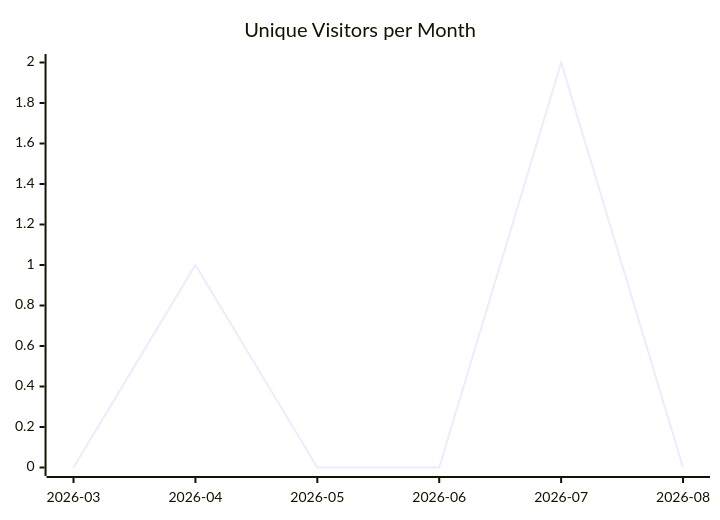
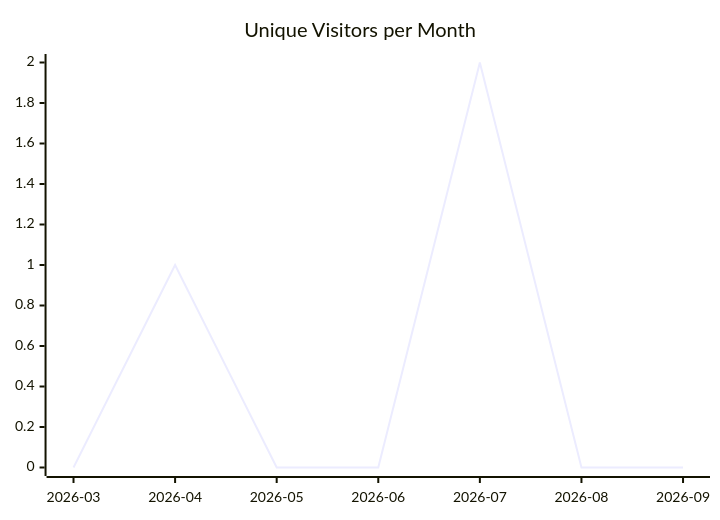
One commit to justdavis-family/github-analytics-data changed the first of 3 diagrams in justdavis-family/github-analytics-data/README.md. Above: the diagram before and after it, drawn with Mermaid. The commit also changed other lines of this file and 191 other files, not shown here.

````diff
--- a/justdavis-family/github-analytics-data/README.md
+++ b/justdavis-family/github-analytics-data/README.md
@@ -5,6 +5,6 @@
 ```mermaid
 xychart-beta
   title "Unique Visitors per Month"
-  x-axis ["2026-03", "2026-04", "2026-05", "2026-06", "2026-07", "2026-08"]
-  line [0, 1, 0, 0, 2, 0]
+  x-axis ["2026-03", "2026-04", "2026-05", "2026-06", "2026-07", "2026-08", "2026-09"]
+  line [0, 1, 0, 0, 2, 0, 0]
 ```
````
